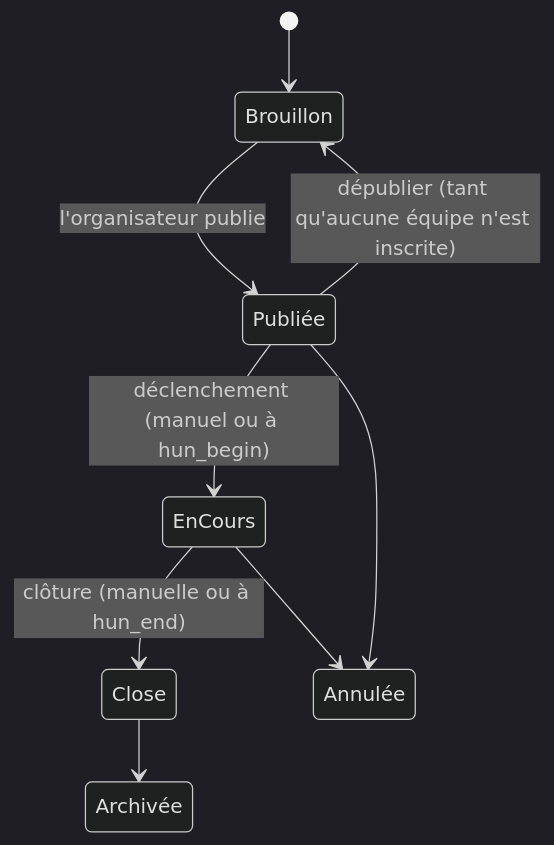
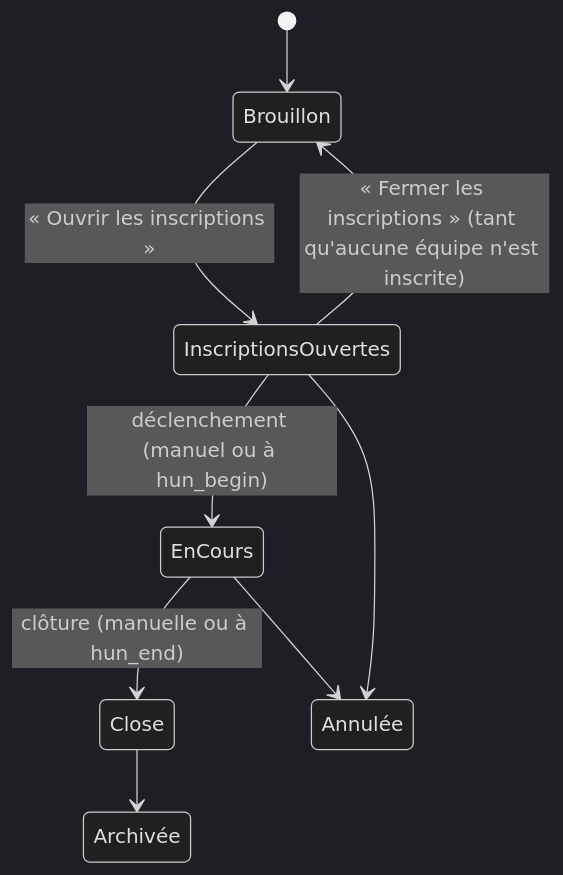
Before and after one commit to hseb72/treasurehunters: the first of 2 diagrams in docs/conception.md, drawn with Mermaid (dark theme). The commit also changed other lines of this file and 10 other files, not shown here.

First line of the commit message:
Vocabulaire : « Ouvrir les inscriptions » ≠ « Partager au catalogue »

````diff
--- a/docs/conception.md
+++ b/docs/conception.md
@@ -28,11 +28,11 @@
 ```mermaid
 stateDiagram-v2
     [*] --> Brouillon
-    Brouillon --> Publiée : l'organisateur publie
-    Publiée --> Brouillon : dépublier (tant qu'aucune équipe n'est inscrite)
-    Publiée --> EnCours : déclenchement (manuel ou à hun_begin)
+    Brouillon --> InscriptionsOuvertes : « Ouvrir les inscriptions »
+    InscriptionsOuvertes --> Brouillon : « Fermer les inscriptions » (tant qu'aucune équipe n'est inscrite)
+    InscriptionsOuvertes --> EnCours : déclenchement (manuel ou à hun_begin)
     EnCours --> Close : clôture (manuelle ou à hun_end)
-    Publiée --> Annulée
+    InscriptionsOuvertes --> Annulée
     EnCours --> Annulée
     Close --> Archivée
 ```
````
